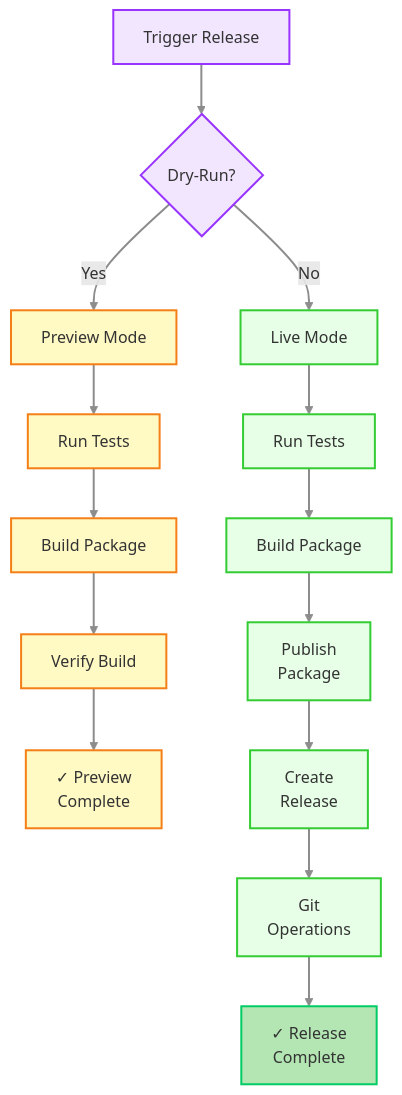
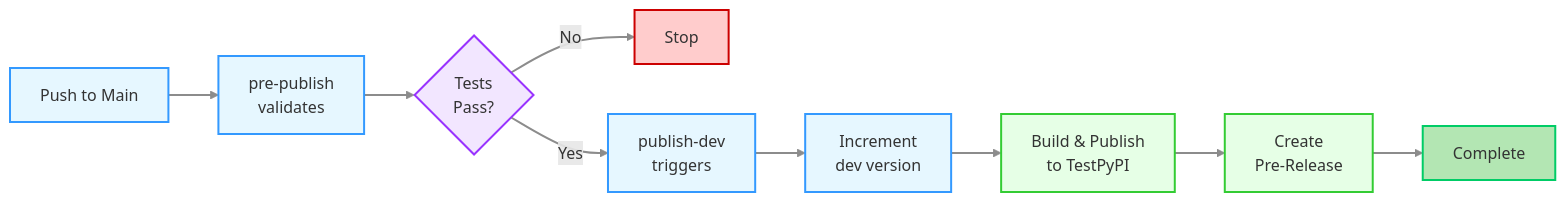
The eighth of 17 diagrams in .github/RELEASE_PROCESS.md (minouris/spafw37), drawn with Mermaid before and after one commit. The commit also changed other lines of this file and 4 other files, not shown here.

Commit message:
Fixed Changelog generation problems, and updated RELEASE_PROCESS.md

````diff
--- a/.github/RELEASE_PROCESS.md
+++ b/.github/RELEASE_PROCESS.md
@@ -649,30 +431,25 @@
 ```mermaid
-graph TD
-    A[Trigger Release] --> B{Dry-Run?}
-    B -->|Yes| C[Preview Mode]
-    B -->|No| D[Live Mode]
+flowchart LR
+    A["Push to Main"] --> B["pre-publish<br/>validates"]
+    B --> C{"Tests<br/>Pass?"}
+    C -->|No| D["Stop"]
+    C -->|Yes| E["publish-dev<br/>triggers"]
+    E --> F["Increment<br/>dev version"]
+    F --> G["Build & Publish<br/>to TestPyPI"]
+    G --> H["Create<br/>Pre-Release"]
+    H --> I["Complete"]
     
-    C --> C1[Run Tests]
-    C1 --> C2[Build Package]
-    C2 --> C3[Verify Build]
-    C3 --> C4[✓ Preview<br/>Complete]
-    
-    D --> D1[Run Tests]
-    D1 --> D2[Build Package]
-    D2 --> D3[Publish<br/>Package]
-    D3 --> D4[Create<br/>Release]
-    D4 --> D5[Git<br/>Operations]
-    D5 --> D6[✓ Release<br/>Complete]
-    
+    classDef processStyle fill:#e6f7ff,stroke:#3399ff,stroke-width:2px,color:#333
     classDef decisionStyle fill:#f2e6ff,stroke:#9933ff,stroke-width:2px,color:#333
-    classDef previewStyle fill:#fff9c4,stroke:#f57f17,stroke-width:2px,color:#333
-    classDef releaseStyle fill:#e6ffe6,stroke:#33cc33,stroke-width:2px,color:#333
+    classDef errorStyle fill:#ffcccc,stroke:#cc0000,stroke-width:2px,color:#333
+    classDef publishStyle fill:#e6ffe6,stroke:#33cc33,stroke-width:2px,color:#333
     classDef successStyle fill:#b3e6b3,stroke:#00cc66,stroke-width:2px,color:#333
     
-    class A,B decisionStyle
-    class C,C1,C2,C3,C4 previewStyle
-    class D,D1,D2,D3,D4,D5 releaseStyle
-    class D6 successStyle
+    class A,B,E,F processStyle
+    class C decisionStyle
+    class D errorStyle
+    class G,H publishStyle
+    class I successStyle
     
     linkStyle default stroke:#8c8c8c,stroke-width:2px
 ```
````
